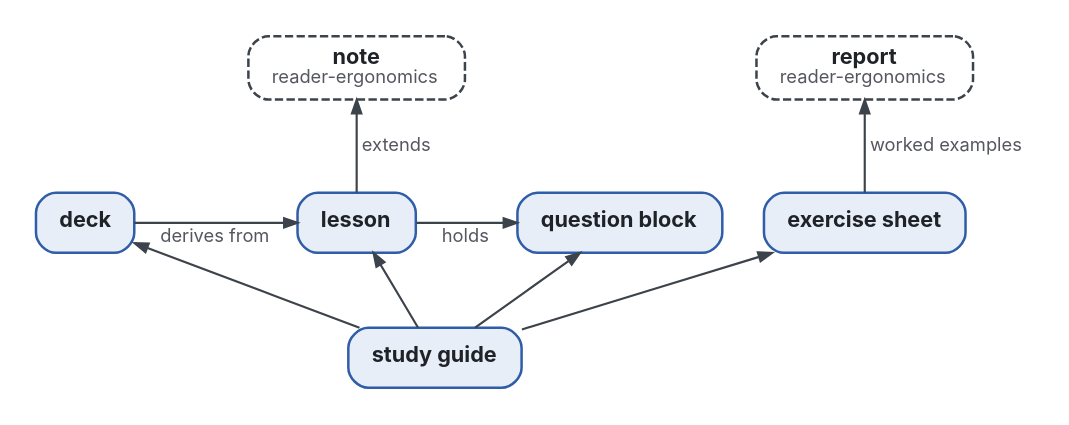
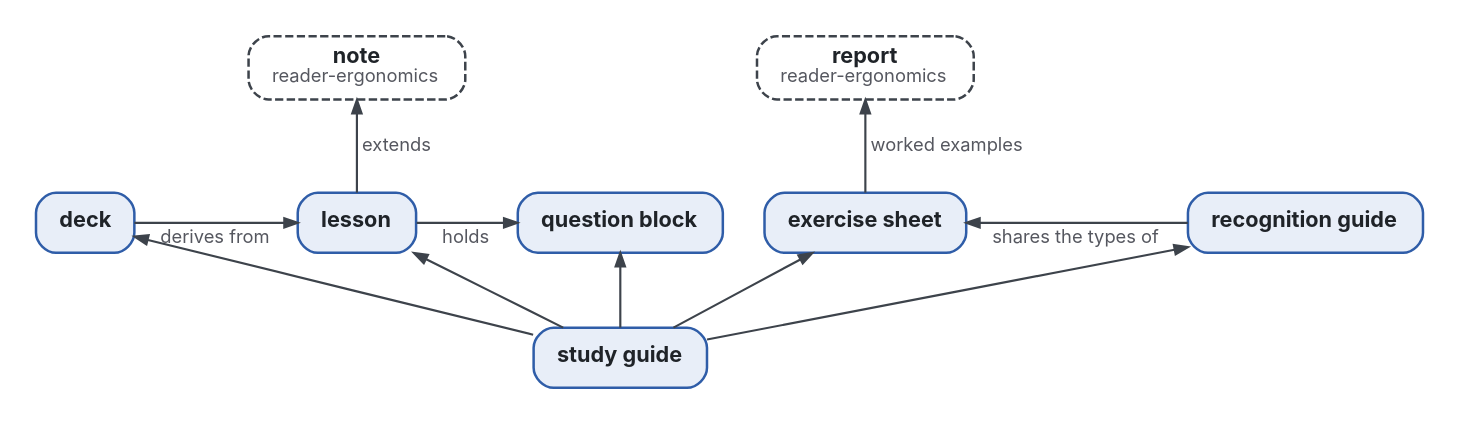
The diagram in shapes/shapes.dot (Tewf/reader-ergonomics-learning), drawn with Graphviz before and after one commit. The commit also changed 13 other files, not shown here.

First line of the commit message:
Add the recognition guide, a sixth shape, release v1.1.0

```diff
--- a/shapes/shapes.dot
+++ b/shapes/shapes.dot
@@ -1,22 +1,25 @@
 digraph shapes {
   graph [rankdir=BT, nodesep=0.35, ranksep=0.6, bgcolor="white", pad=0.2, fontname="Inter"];
   node  [shape=box, style="rounded,filled", fontname="Inter", fontsize=13, margin="0.2,0.1", penwidth=1.5, fontcolor="#1F2328", fillcolor="#E8EEF8", color="#2F5DA8"];
   edge  [fontname="Inter", fontsize=11, color="#3D434B", fontcolor="#55575F", penwidth=1.3, arrowsize=0.8];
   note   [label=<<b>note</b><br/><font point-size="11" color="#55575F">reader-ergonomics</font>>, fillcolor="#FFFFFF", color="#3D434B", style="rounded,filled,dashed"];
   report [label=<<b>report</b><br/><font point-size="11" color="#55575F">reader-ergonomics</font>>, fillcolor="#FFFFFF", color="#3D434B", style="rounded,filled,dashed"];
   deck   [label=<<b>deck</b>>];
   lesson [label=<<b>lesson</b>>];
   block  [label=<<b>question block</b>>];
   sheet  [label=<<b>exercise sheet</b>>];
   guide  [label=<<b>study guide</b>>];
+  recog  [label=<<b>recognition guide</b>>];
   { rank=same; note; report; }
-  { rank=same; deck; lesson; block; sheet; }
+  { rank=same; deck; lesson; block; sheet; recog; }
   lesson -> note   [label=<  extends>];
   sheet  -> report [label=<  worked examples>];
   lesson -> block  [label=<  holds>, constraint=false];
   deck   -> lesson [label=<  derives from>, constraint=false];
   guide  -> deck;
   guide  -> lesson;
   guide  -> block;
   guide  -> sheet;
+  recog  -> sheet  [label=<  shares the types of>, constraint=false];
+  guide  -> recog;
 }
```
